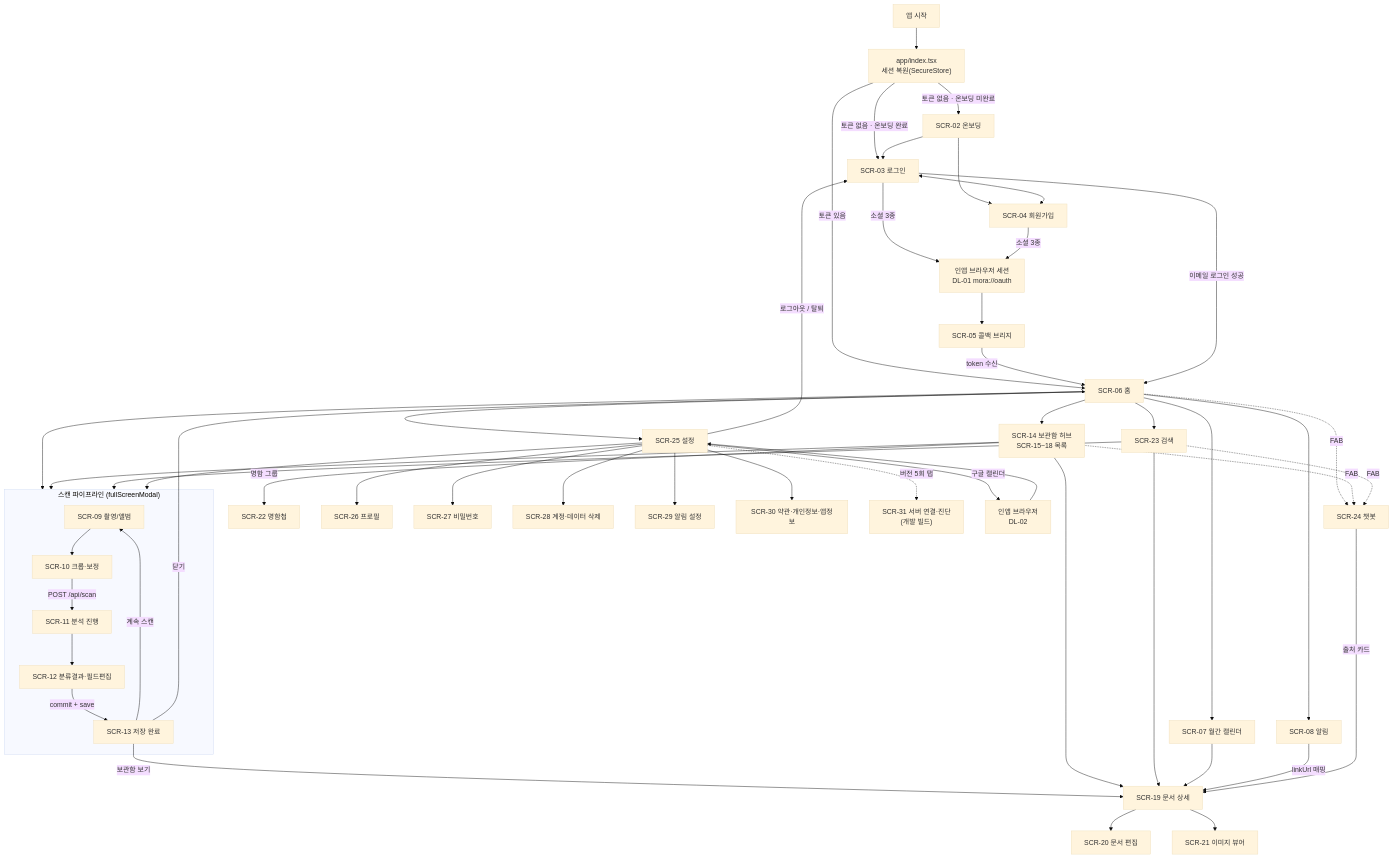
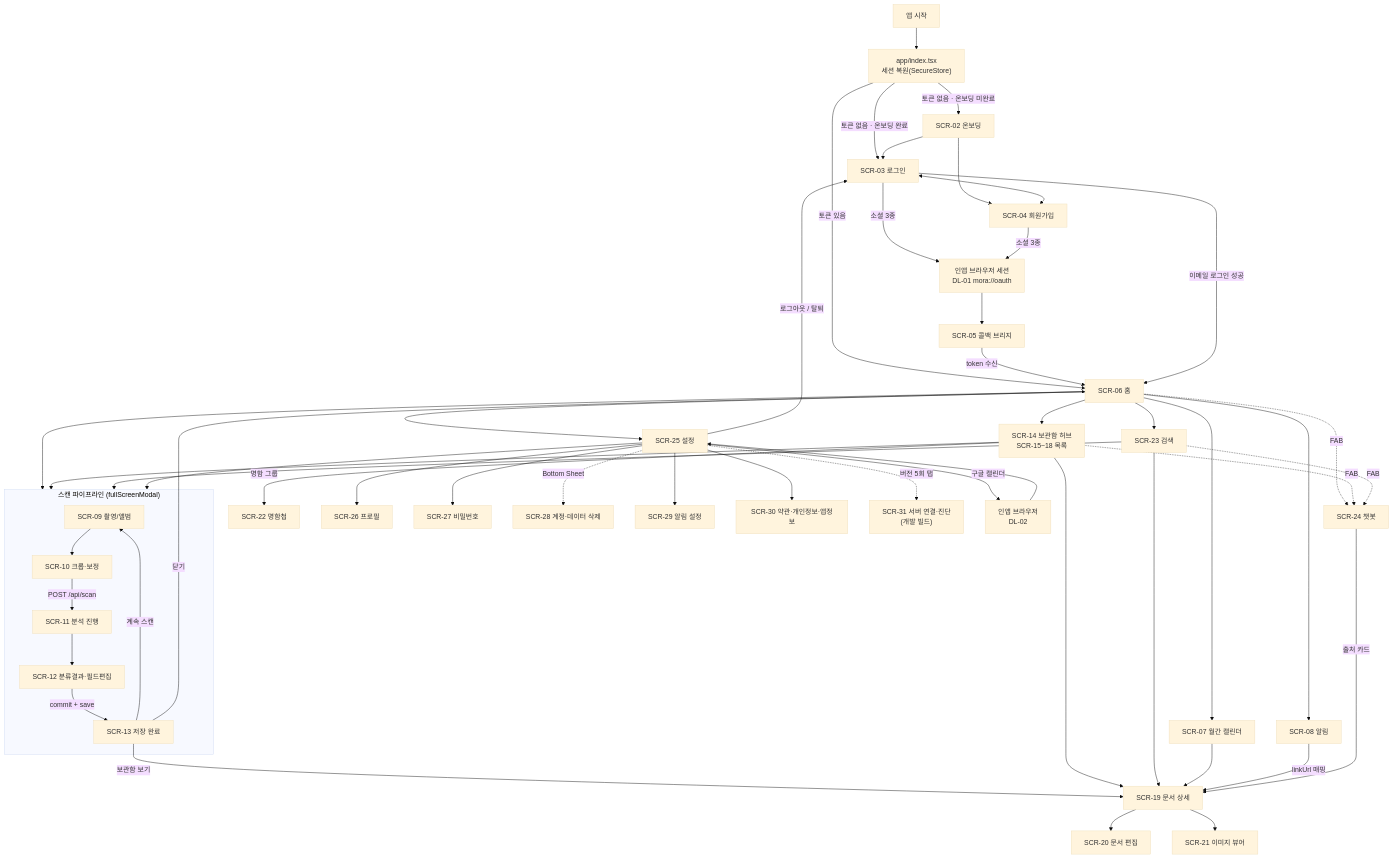
The first of 2 diagrams in wiki/design/Navigation Map.md (The-gallery-00/Mora-M), drawn with Mermaid (base theme) before and after one commit. The commit also changed other lines of this file and 23 other files, not shown here.

````diff
--- a/wiki/design/Navigation Map.md
+++ b/wiki/design/Navigation Map.md
@@ -199,59 +198,59 @@
 ```mermaid
 flowchart TD
   START["앱 시작"] --> BOOT["app/index.tsx<br/>세션 복원(SecureStore)"]
   BOOT -->|"토큰 없음 · 온보딩 미완료"| ONB["SCR-02 온보딩"]
   BOOT -->|"토큰 없음 · 온보딩 완료"| LOGIN["SCR-03 로그인"]
   BOOT -->|"토큰 있음"| HOME["SCR-06 홈"]
 
   ONB --> LOGIN
   ONB --> SIGNUP["SCR-04 회원가입"]
   LOGIN <--> SIGNUP
   LOGIN -->|"소셜 3종"| OAUTH["인앱 브라우저 세션<br/>DL-01 mora://oauth"]
   SIGNUP -->|"소셜 3종"| OAUTH
   OAUTH --> CB["SCR-05 콜백 브리지"]
   CB -->|"token 수신"| HOME
   LOGIN -->|"이메일 로그인 성공"| HOME
 
   HOME --> ARCHIVE["SCR-14 보관함 허브<br/>SCR-15~18 목록"]
   HOME --> SEARCH["SCR-23 검색"]
   HOME --> SETTINGS["SCR-25 설정"]
   HOME --> NOTIF["SCR-08 알림"]
   HOME --> CAL["SCR-07 월간 캘린더"]
   HOME -.->|"FAB"| CHAT["SCR-24 챗봇"]
   ARCHIVE -.->|"FAB"| CHAT
   SEARCH -.->|"FAB"| CHAT
 
   HOME --> SCAN
   ARCHIVE --> SCAN
   SEARCH --> SCAN
   SETTINGS --> SCAN
 
   subgraph SCAN["스캔 파이프라인 (fullScreenModal)"]
     CAP["SCR-09 촬영/앨범"] --> CROP["SCR-10 크롭·보정"]
     CROP -->|"POST /api/scan"| ANA["SCR-11 분석 진행"]
     ANA --> FLD["SCR-12 분류결과·필드편집"]
     FLD -->|"commit + save"| DONE["SCR-13 저장 완료"]
   end
   DONE -->|"보관함 보기"| DETAIL
   DONE -->|"계속 스캔"| CAP
   DONE -->|"닫기"| HOME
 
   ARCHIVE --> DETAIL["SCR-19 문서 상세"]
   SEARCH --> DETAIL
   CAL --> DETAIL
   NOTIF -->|"linkUrl 매핑"| DETAIL
   CHAT -->|"출처 카드"| DETAIL
   DETAIL --> EDIT["SCR-20 문서 편집"]
   DETAIL --> VIEWER["SCR-21 이미지 뷰어"]
 
   ARCHIVE -->|"명함 그룹"| GROUPS["SCR-22 명함첩"]
   SETTINGS --> PROF["SCR-26 프로필"]
   SETTINGS --> PW["SCR-27 비밀번호"]
-  SETTINGS --> DANGER["SCR-28 계정·데이터 삭제"]
+  SETTINGS -.->|"Bottom Sheet"| DANGER["SCR-28 계정·데이터 삭제"]
   SETTINGS --> NSET["SCR-29 알림 설정"]
   SETTINGS --> LEGAL["SCR-30 약관·개인정보·앱정보"]
   SETTINGS -.->|"버전 5회 탭"| CONN["SCR-31 서버 연결·진단<br/>(개발 빌드)"]
   SETTINGS -->|"구글 캘린더"| GCAL["인앱 브라우저<br/>DL-02"]
   GCAL --> SETTINGS
   SETTINGS -->|"로그아웃 / 탈퇴"| LOGIN
 ```
````
